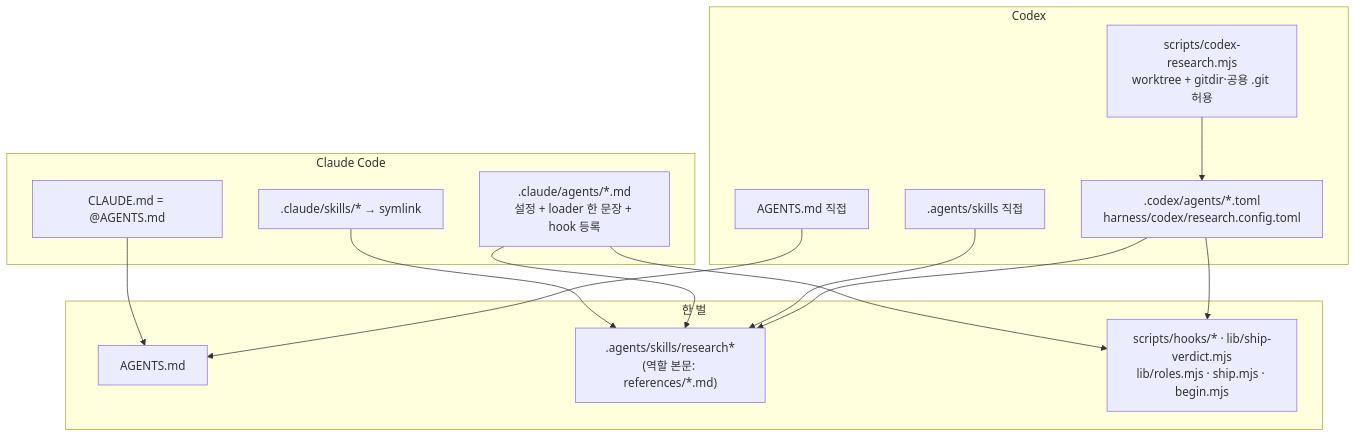
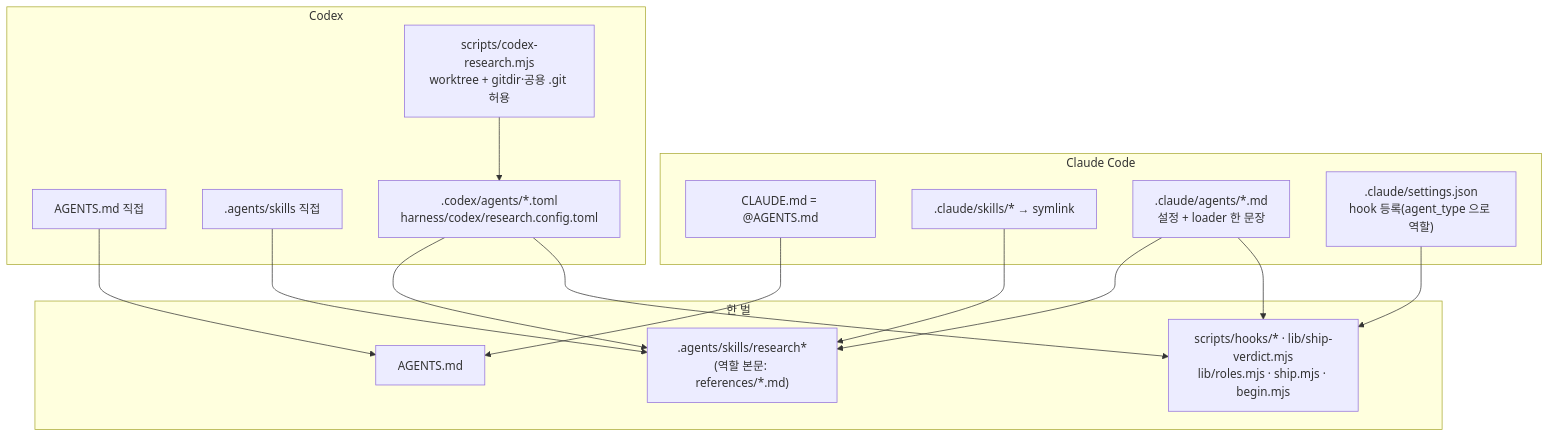
The diagram in docs/harness-parity.md (kywoo26/research-library), drawn with Mermaid before and after one commit. The commit also changed other lines of this file and 14 other files, not shown here.

First line of the commit message:
Claude 연구 체인의 hook 을 settings 로 옮기고 마지막 지적을 체인이 고치게 한다

````diff
--- a/docs/harness-parity.md
+++ b/docs/harness-parity.md
@@ -10,28 +10,30 @@
 ```mermaid
 flowchart TD
   subgraph 한 벌
     A["AGENTS.md"]
     K[".agents/skills/research*\n(역할 본문: references/*.md)"]
     P["scripts/hooks/* · lib/ship-verdict.mjs\nlib/roles.mjs · ship.mjs · begin.mjs"]
   end
   subgraph Claude Code
     C1["CLAUDE.md = @AGENTS.md"]
     C2[".claude/skills/* → symlink"]
-    C3[".claude/agents/*.md\n설정 + loader 한 문장 + hook 등록"]
+    C3[".claude/agents/*.md\n설정 + loader 한 문장"]
+    C4[".claude/settings.json\nhook 등록(agent_type 으로 역할)"]
   end
   subgraph Codex
     X1["AGENTS.md 직접"]
     X2[".agents/skills 직접"]
     X3[".codex/agents/*.toml\nharness/codex/research.config.toml"]
     X4["scripts/codex-research.mjs\nworktree + gitdir·공용 .git 허용"]
   end
   C1 --> A
   C2 --> K
   C3 --> K
+  C4 --> P
   C3 --> P
   X1 --> A
   X2 --> K
   X3 --> K
   X3 --> P
   X4 --> X3
 ```
````
